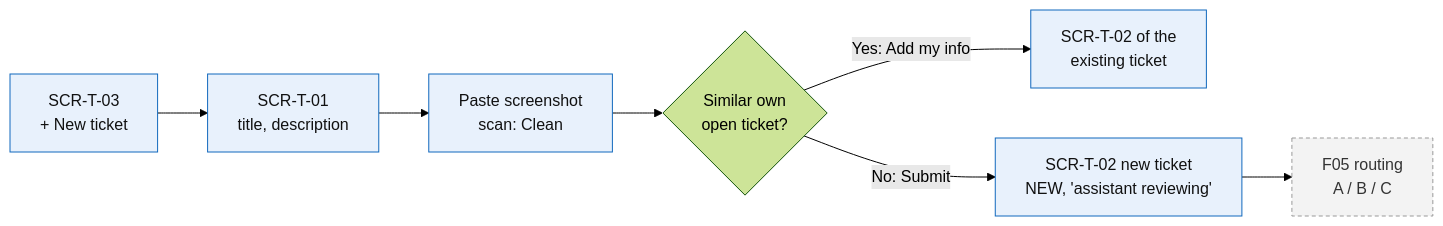
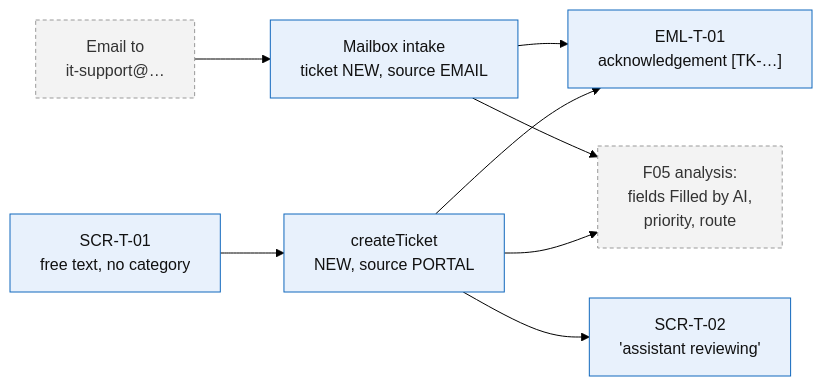
One commit to Akaza-ban/Fable changed the first of 7 diagrams in docs/f03-ticket-management/information-architecture/03-user-flows.md. Above: the diagram before and after it, drawn with Mermaid (forest theme). The commit also changed other lines of this file and 9 other files, not shown here.

Commit message:
docs: align with mindmap

````diff
--- a/docs/f03-ticket-management/information-architecture/03-user-flows.md
+++ b/docs/f03-ticket-management/information-architecture/03-user-flows.md
@@ -13,14 +23,14 @@
 ```mermaid
 flowchart LR
-    a["SCR-T-03<br/>+ New ticket"] --> b["SCR-T-01<br/>title, description"]
-    b --> c["Paste screenshot<br/>scan: Clean"]
-    c --> d{"Similar own<br/>open ticket?"}
-    d -- "Yes: Add my info" --> e["SCR-T-02 of the<br/>existing ticket"]
-    d -- "No: Submit" --> f["SCR-T-02 new ticket<br/>NEW, 'assistant reviewing'"]
-    f --> g["F05 routing<br/>A / B / C"]
+    a["Email to<br/>it-support@…"] --> b["Mailbox intake<br/>ticket NEW, source EMAIL"]
+    c["SCR-T-01<br/>free text, no category"] --> d["createTicket<br/>NEW, source PORTAL"]
+    b --> e["EML-T-01<br/>acknowledgement [TK-…]"]
+    d --> e
+    d --> f["SCR-T-02<br/>'assistant reviewing'"]
+    b & d --> g["F05 analysis:<br/>fields Filled by AI,<br/>priority, route"]
 
     classDef f03 fill:#e8f1fc,color:#111,stroke:#1168bd
     classDef other fill:#f3f3f3,color:#333,stroke:#999,stroke-dasharray:4 3
-    class a,b,c,e,f f03
-    class g other
+    class b,c,d,e,f f03
+    class a,g other
 ```
````
